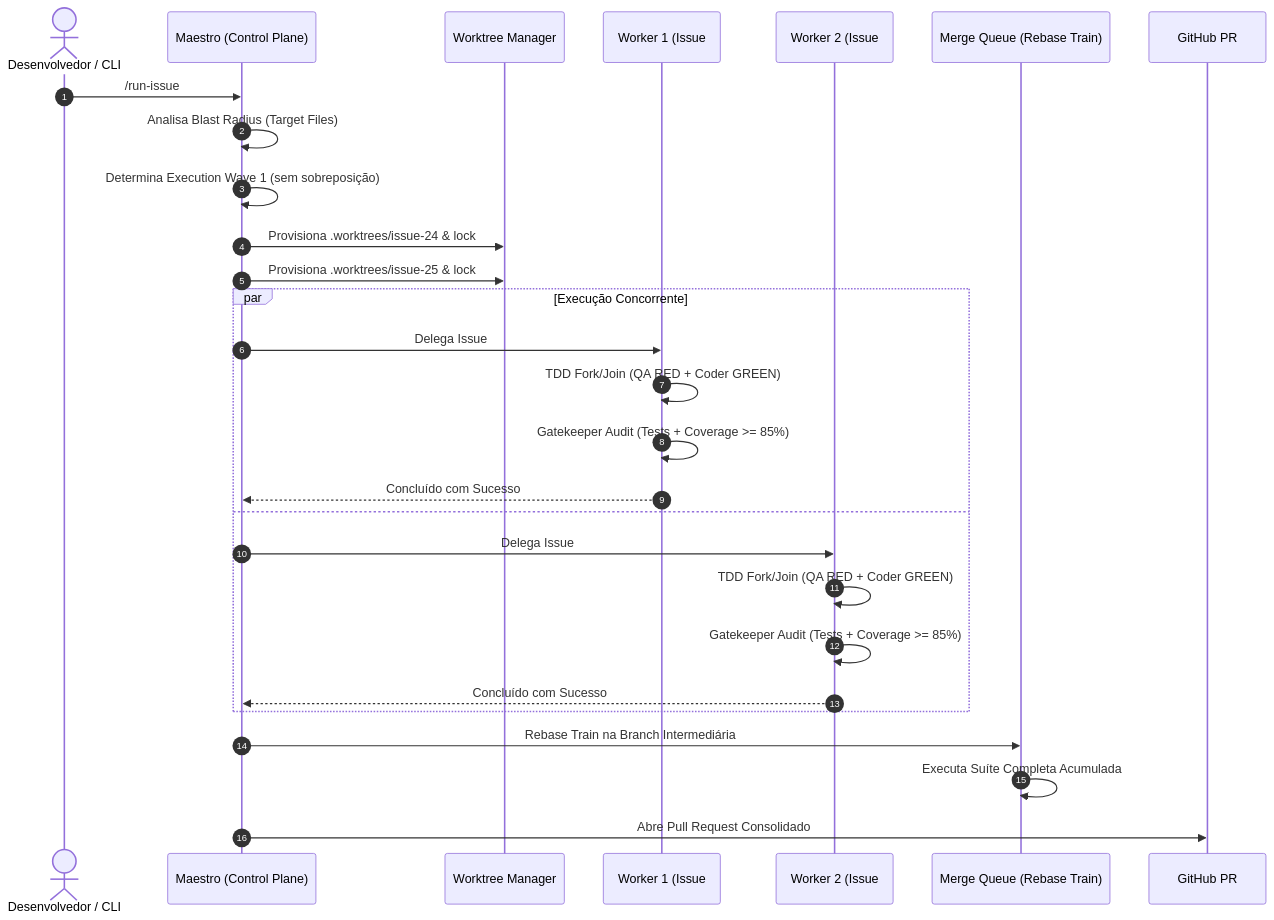
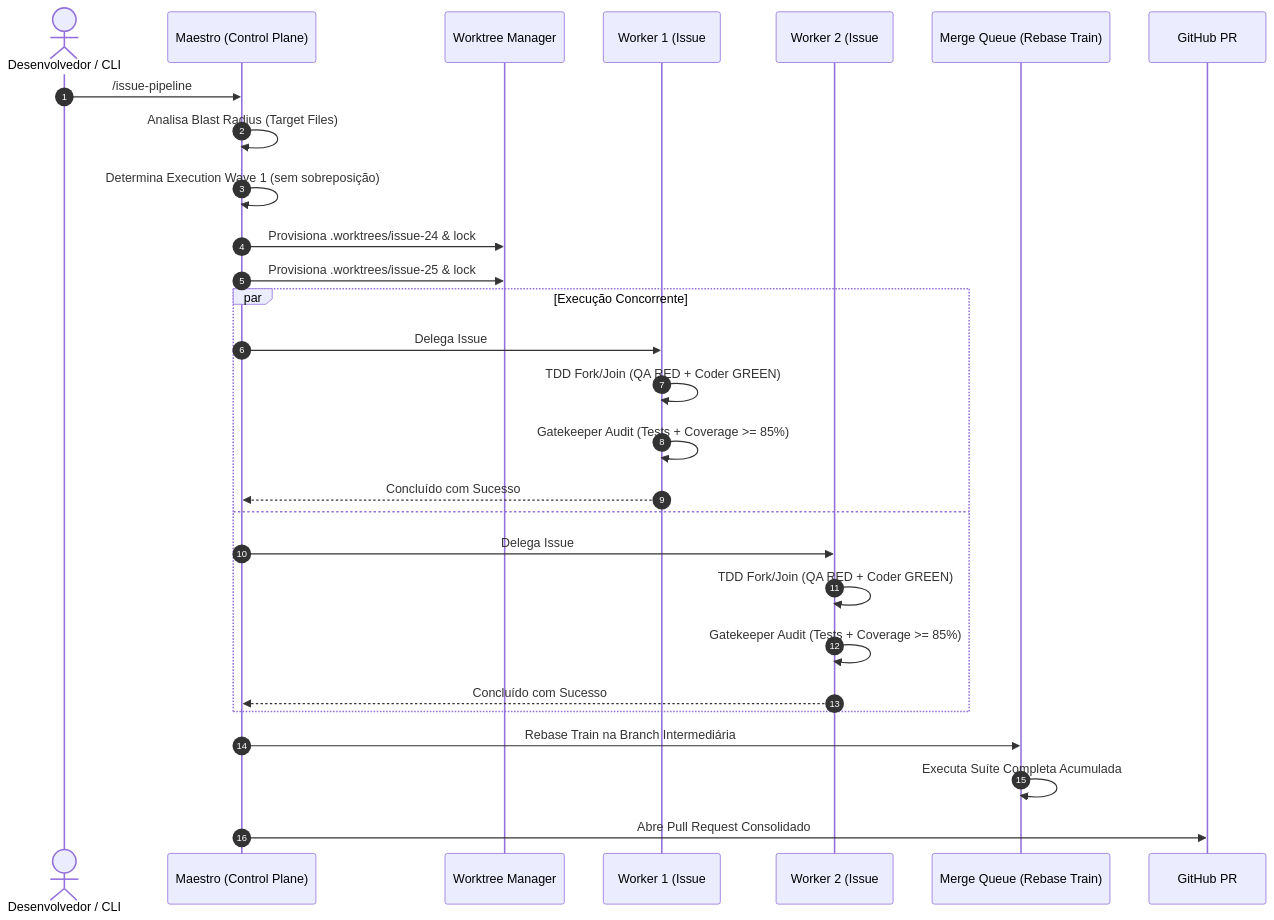
Before and after one commit to VitorJacom/my-agents: the second of 3 diagrams in docs/System-Architecture.md, drawn with Mermaid. The commit also changed other lines of this file and 10 other files, not shown here.

Commit message:
docs(wiki): add Maestro flow to Skill-issue-pipeline and standardize /issue-pipeline command

````diff
--- a/docs/System-Architecture.md
+++ b/docs/System-Architecture.md
@@ -83,31 +83,31 @@
 ```mermaid
 sequenceDiagram
     autonumber
     actor Dev as Desenvolvedor / CLI
     participant M as Maestro (Control Plane)
     participant WT as Worktree Manager
     participant W1 as Worker 1 (Issue #24)
     participant W2 as Worker 2 (Issue #25)
     participant MQ as Merge Queue (Rebase Train)
     participant GH as GitHub PR
 
-    Dev->>M: /run-issue #24 #25
+    Dev->>M: /issue-pipeline #24 #25
     M->>M: Analisa Blast Radius (Target Files)
     M->>M: Determina Execution Wave 1 (sem sobreposição)
     M->>WT: Provisiona .worktrees/issue-24 & lock
     M->>WT: Provisiona .worktrees/issue-25 & lock
     par Execução Concorrente
         M->>W1: Delega Issue #24
         W1->>W1: TDD Fork/Join (QA RED + Coder GREEN)
         W1->>W1: Gatekeeper Audit (Tests + Coverage >= 85%)
         W1-->>M: Concluído com Sucesso
     and
         M->>W2: Delega Issue #25
         W2->>W2: TDD Fork/Join (QA RED + Coder GREEN)
         W2->>W2: Gatekeeper Audit (Tests + Coverage >= 85%)
         W2-->>M: Concluído com Sucesso
     end
     M->>MQ: Rebase Train na Branch Intermediária
     MQ->>MQ: Executa Suíte Completa Acumulada
     M->>GH: Abre Pull Request Consolidado
 ```
````
